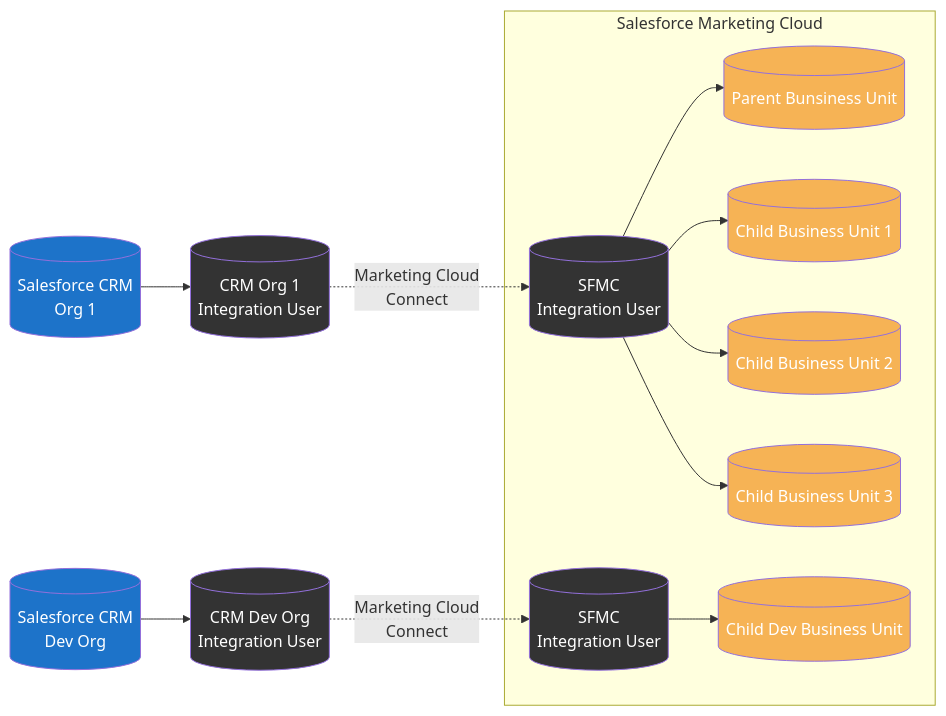
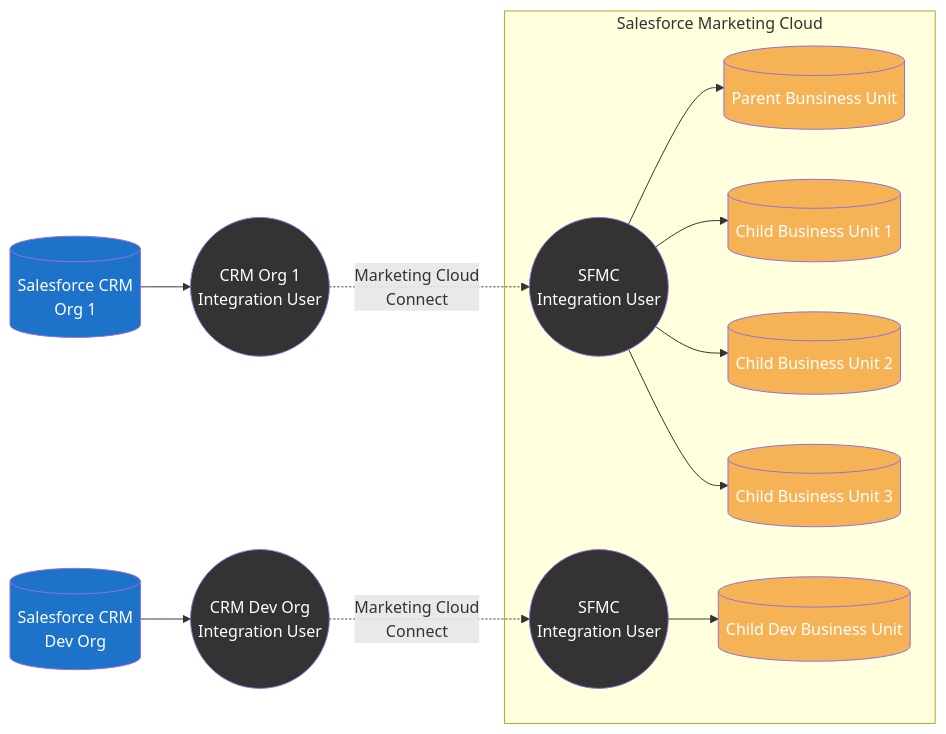
One commit to MateuszDabrowski/mateuszdabrowski.pl changed the fifth of 7 diagrams in docs/config/sfmc-mcc-integration-patterns.mdx. Above: the diagram before and after it, drawn with Mermaid. The commit also changed other lines of this file, not shown here.

Commit message:
Updated draft of MCC Patterns article

````diff
--- a/docs/config/sfmc-mcc-integration-patterns.mdx
+++ b/docs/config/sfmc-mcc-integration-patterns.mdx
@@ -237,30 +236,30 @@
 ```mermaid
 graph LR
  crm1[(Salesforce CRM\nOrg 1)]:::sfdc
  crm2[(Salesforce CRM\nDev Org)]:::sfdc
- crm1IU[(CRM Org 1\nIntegration User)]:::mcc
- crm2IU[(CRM Dev Org\nIntegration User)]:::mcc
- sfmc1IU[(SFMC\nIntegration User)]:::mcc
- sfmc2IU[(SFMC\nIntegration User)]:::mcc
+ crm1IU((CRM Org 1\nIntegration User)):::mcc
+ crm2IU((CRM Dev Org\nIntegration User)):::mcc
+ sfmc1IU((SFMC\nIntegration User)):::mcc
+ sfmc2IU((SFMC\nIntegration User)):::mcc
  sfmc1[(Parent Bunsiness Unit)]:::sfmc
  sfmcBU1[(Child Business Unit 1)]:::sfmc
  sfmcBU2[(Child Business Unit 2)]:::sfmc
  sfmcBU3[(Child Business Unit 3)]:::sfmc
  sfmcBU4[("Child Dev Business Unit")]:::sfmc
 
  crm1 --> crm1IU
  crm1IU -. Marketing Cloud\nConnect .-> sfmc1IU
  crm2 --> crm2IU
  crm2IU -. Marketing Cloud\nConnect .-> sfmc2IU
  subgraph sfmc [Salesforce Marketing Cloud]
     sfmc1IU --> sfmc1
     sfmc1IU --> sfmcBU1
     sfmc1IU --> sfmcBU2
     sfmc1IU --> sfmcBU3
     sfmc2IU --> sfmcBU4
  end
 
  classDef sfdc fill:#1d73c9,color:#ffffff
  classDef sfmc fill:#f6b355,color:#ffffff
  classDef mcc fill:#333333,color:#ffffff
 ```
````
